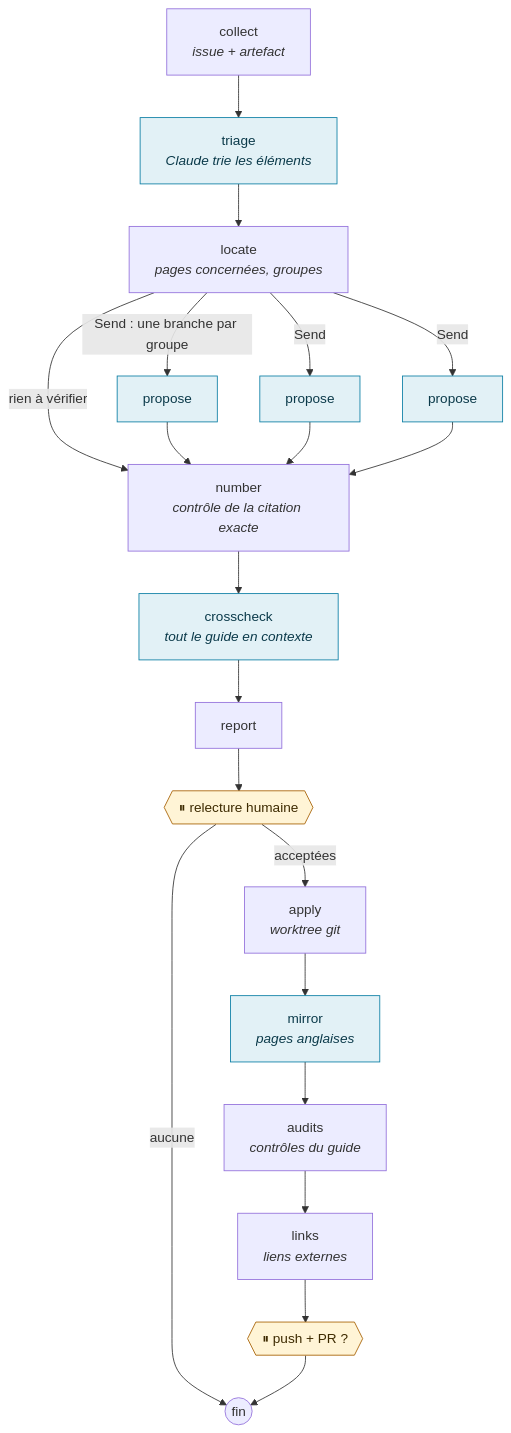
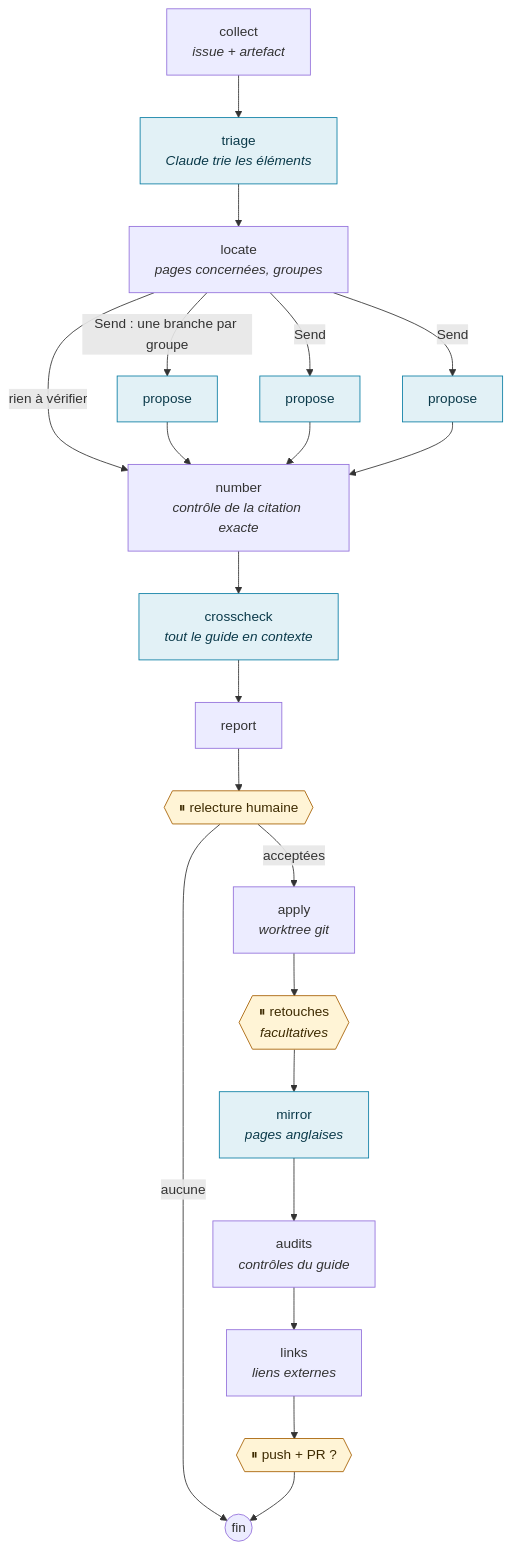
The third of 6 diagrams in docs/fr/presentation.md (DamienBecherini/vault-watch-agent), drawn with Mermaid before and after one commit. The commit also changed other lines of this file and 22 other files, not shown here.

Commit message:
H3: a pause to retouch the pages of the branch before the mirrors (the guide's folder lent to Obsidian, drafts set aside and put back, an editor in the page, the retouches committed as the editor's; resume --retouch)

````diff
--- a/docs/fr/presentation.md
+++ b/docs/fr/presentation.md
@@ -93,23 +93,23 @@
 ```mermaid
 flowchart TD
   collect["collect<br/><i>issue + artefact</i>"] --> triage["triage<br/><i>Claude trie les éléments</i>"]
   triage --> locate["locate<br/><i>pages concernées, groupes</i>"]
   locate -->|"Send : une branche par groupe"| p1["propose"]
   locate -->|"Send"| p2["propose"]
   locate -->|"Send"| p3["propose"]
   locate -->|"rien à vérifier"| number
   p1 --> number["number<br/><i>contrôle de la citation exacte</i>"]
   p2 --> number
   p3 --> number
   number --> crosscheck["crosscheck<br/><i>tout le guide en contexte</i>"]
   crosscheck --> report --> review{{"⏸ relecture humaine"}}
   review -->|"acceptées"| apply["apply<br/><i>worktree git</i>"]
   review -->|"aucune"| stop((fin))
-  apply --> mirror["mirror<br/><i>pages anglaises</i>"] --> audits["audits<br/><i>contrôles du guide</i>"]
+  apply --> retouch{{"⏸ retouches<br/><i>facultatives</i>"}} --> mirror["mirror<br/><i>pages anglaises</i>"] --> audits["audits<br/><i>contrôles du guide</i>"]
   audits --> links["links<br/><i>liens externes</i>"] --> publish{{"⏸ push + PR ?"}}
   publish --> stop
   classDef pause fill:#fff4d6,stroke:#a65f00,color:#3d2a00
   classDef model fill:#e2f1f6,stroke:#0a7ea4,color:#0b3a4a
-  class review,publish pause
+  class review,retouch,publish pause
   class triage,p1,p2,p3,crosscheck,mirror model
 ```
````
